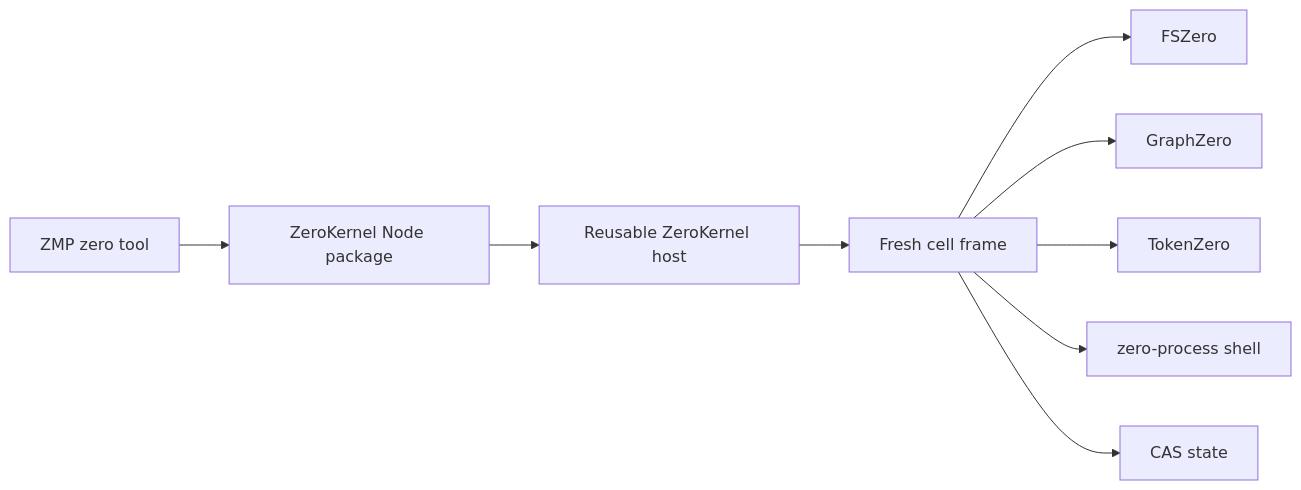
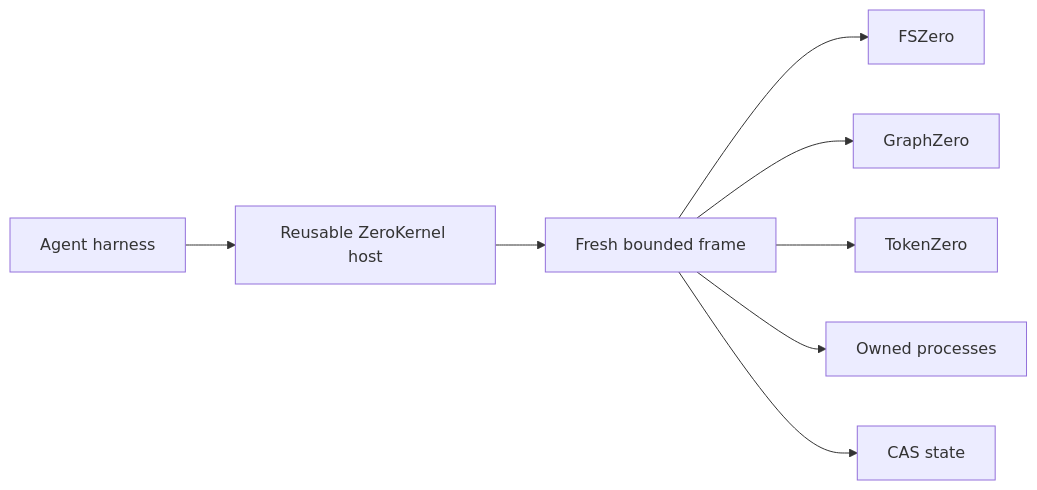
The diagram in README.md (AdityaVG13/zerostack), drawn with Mermaid before and after one commit. The commit also changed other lines of this file and 2 other files, not shown here.

Commit message:
docs: refresh ZeroStack public overview

````diff
--- a/README.md
+++ b/README.md
@@ -17,11 +75,10 @@
 ```mermaid
 graph LR
-  ZMP[ZMP zero tool] --> NAPI[ZeroKernel Node package]
-  NAPI --> K[Reusable ZeroKernel host]
-  K --> F[Fresh cell frame]
+  H[Agent harness] --> K[Reusable ZeroKernel host]
+  K --> F[Fresh bounded frame]
   F --> FS[FSZero]
   F --> G[GraphZero]
   F --> T[TokenZero]
-  F --> P[zero-process shell]
+  F --> P[Owned processes]
   F --> S[CAS state]
 ```
````
